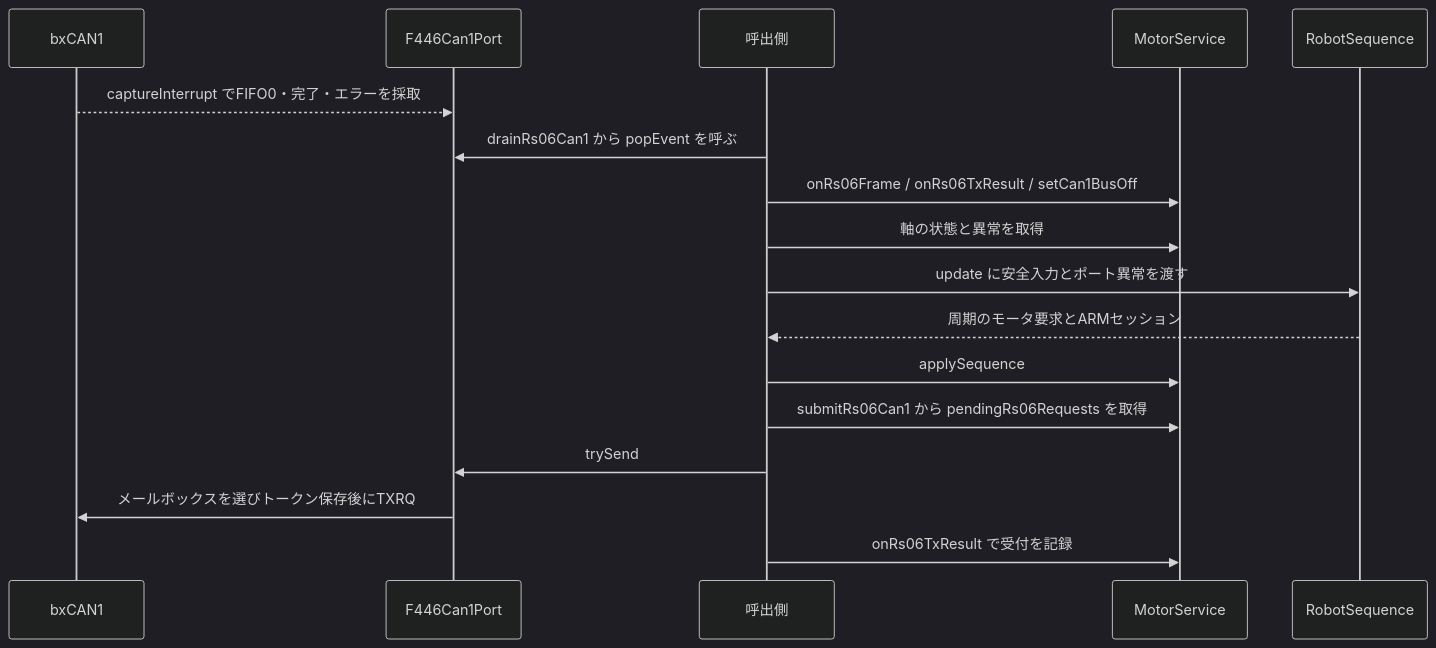
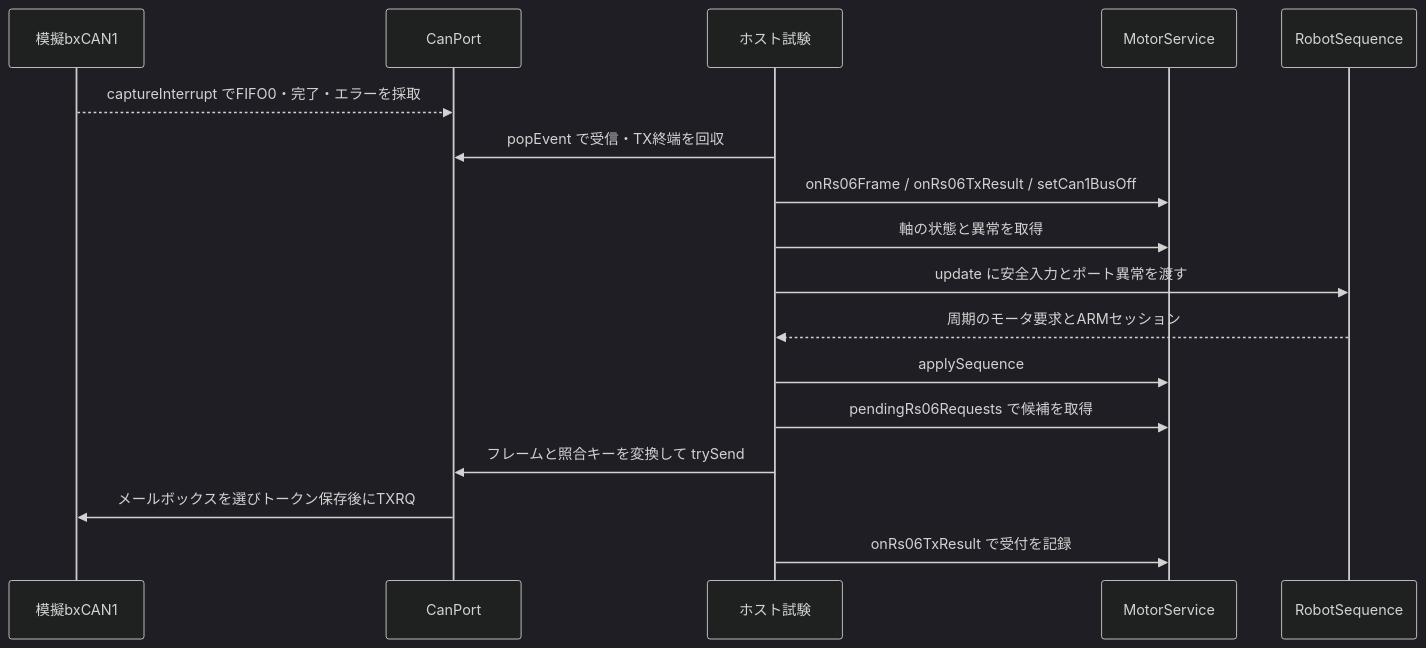
One commit to kou-pen/balancing changed the diagram in docs/verification/f446-can1-rs06-port-host.md. Above: the diagram before and after it, drawn with Mermaid (dark theme). The commit also changed other lines of this file and 1 other file, not shown here.

Commit message:
docs(f446): describe common CAN port ownership and host checks

```diff
--- a/docs/verification/f446-can1-rs06-port-host.md
+++ b/docs/verification/f446-can1-rs06-port-host.md
@@ -7,20 +7,20 @@
 <pre class="mermaid">
 sequenceDiagram
-    participant H as bxCAN1
-    participant P as F446Can1Port
-    participant A as 呼出側
+    participant H as 模擬bxCAN1
+    participant P as CanPort
+    participant A as ホスト試験
     participant M as MotorService
     participant R as RobotSequence
 
     H-->>P: captureInterrupt でFIFO0・完了・エラーを採取
-    A->>P: drainRs06Can1 から popEvent を呼ぶ
+    A->>P: popEvent で受信・TX終端を回収
     A->>M: onRs06Frame / onRs06TxResult / setCan1BusOff
     A->>M: 軸の状態と異常を取得
     A->>R: update に安全入力とポート異常を渡す
     R-->>A: 周期のモータ要求とARMセッション
     A->>M: applySequence
-    A->>M: submitRs06Can1 から pendingRs06Requests を取得
-    A->>P: trySend
+    A->>M: pendingRs06Requests で候補を取得
+    A->>P: フレームと照合キーを変換して trySend
     P->>H: メールボックスを選びトークン保存後にTXRQ
     A->>M: onRs06TxResult で受付を記録
 </pre>
```
